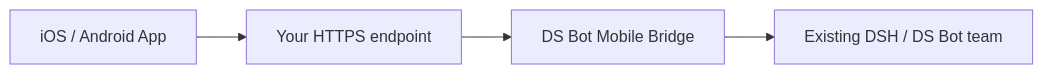
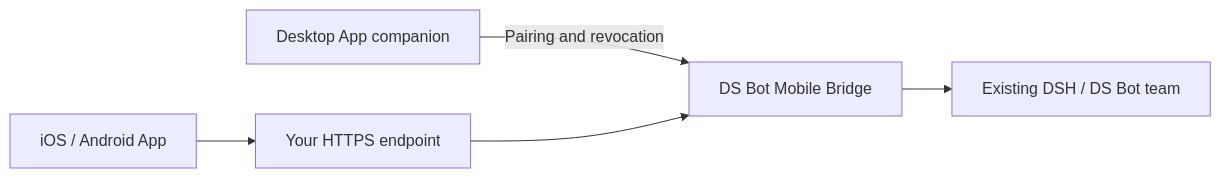
The diagram in README.en.md (MuQY1818/ds-bot-mobile-app), drawn with Mermaid before and after one commit. The commit also changed other lines of this file and 30 other files, not shown here.

Commit message:
Add independent Mobile App pairing companion plugin

````diff
--- a/README.en.md
+++ b/README.en.md
@@ -41,6 +42,7 @@
 ```mermaid
 flowchart LR
+    Owner["Desktop App companion"] -->|Pairing and revocation| Bridge
     Phone["iOS / Android App"] --> HTTPS["Your HTTPS endpoint"]
     HTTPS --> Bridge["DS Bot Mobile Bridge"]
     Bridge --> Host["Existing DSH / DS Bot team"]
 ```
````
